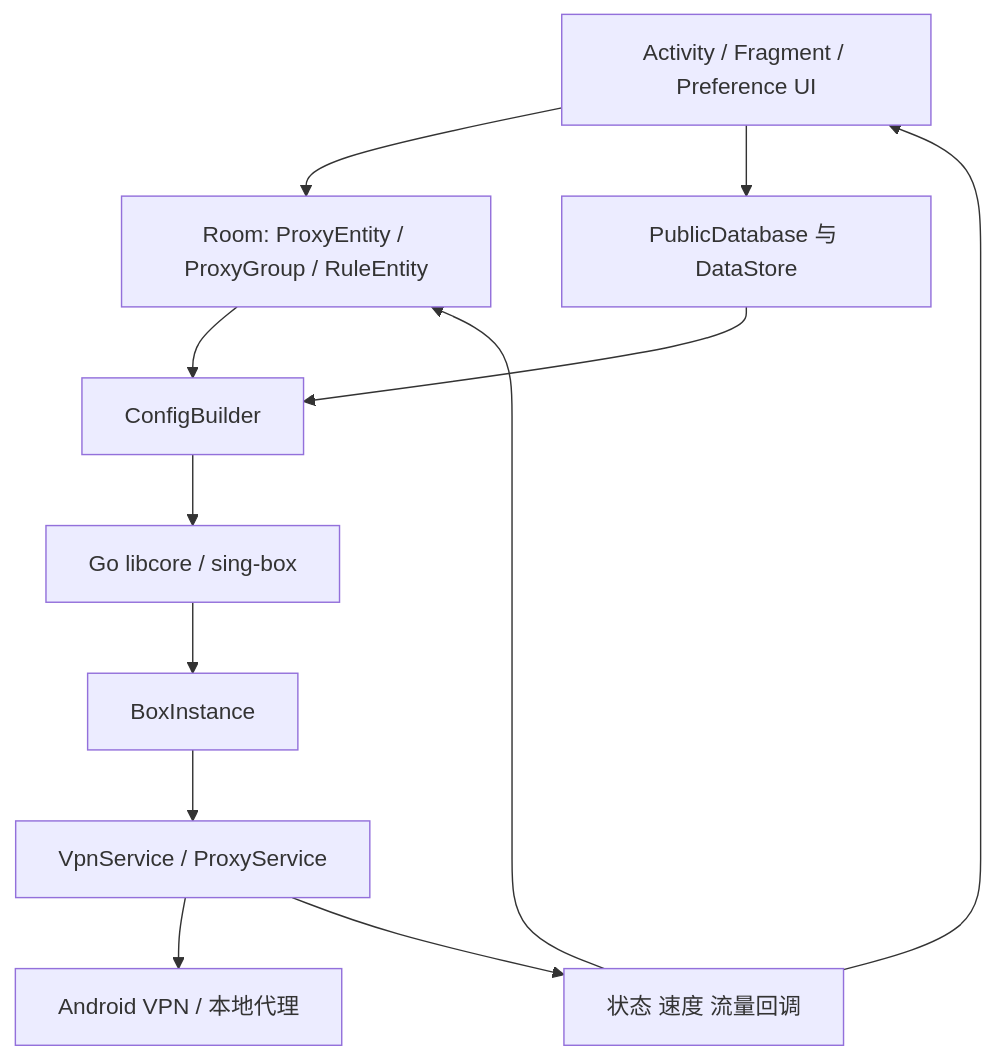
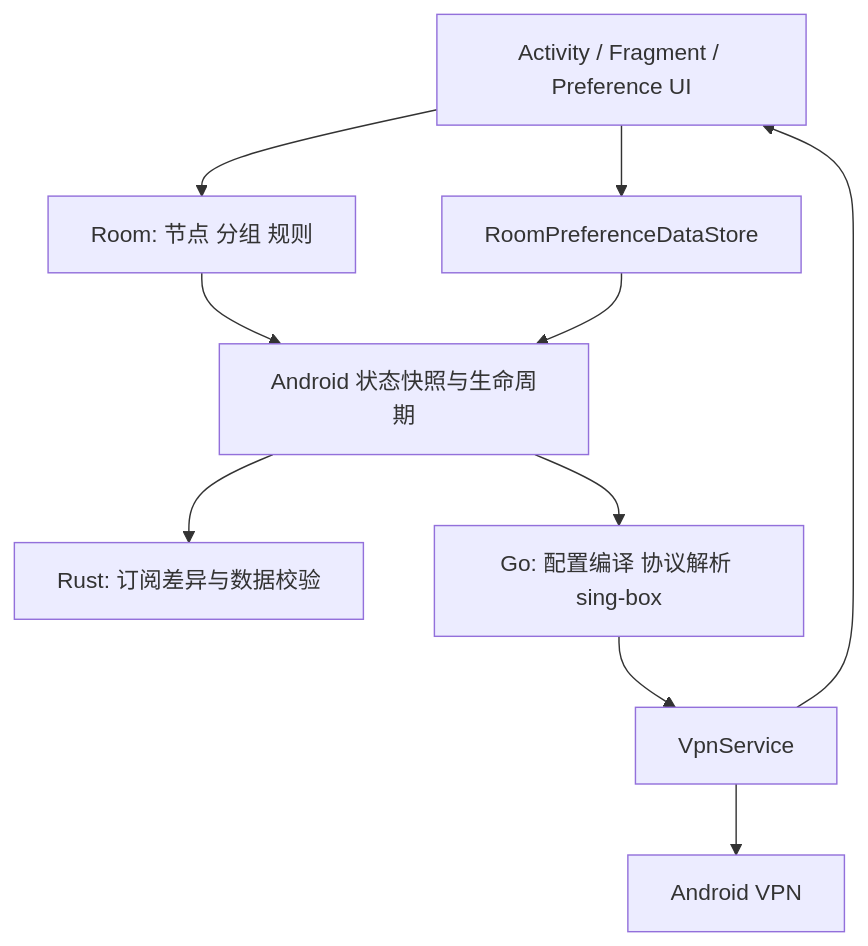
One commit to killertop/NekoPilot-Android changed the second of 2 diagrams in docs/PRODUCT_AND_UI_STRUCTURE.md. Above: the diagram before and after it, drawn with Mermaid. The commit also changed other lines of this file and 47 other files, not shown here.

Commit message:
fix: harden updates and runtime regression flows

````diff
--- a/docs/PRODUCT_AND_UI_STRUCTURE.md
+++ b/docs/PRODUCT_AND_UI_STRUCTURE.md
@@ -58,24 +55,21 @@
 ```mermaid
 flowchart TD
     UI[Activity / Fragment / Preference UI]
-    DB[Room: ProxyEntity / ProxyGroup / RuleEntity]
-    PREF[PublicDatabase 与 DataStore]
-    CFG[ConfigBuilder]
-    GO[Go libcore / sing-box]
-    BOX[BoxInstance]
-    SVC[VpnService / ProxyService]
-    SYS[Android VPN / 本地代理]
-    CB[状态 速度 流量回调]
+    DB[Room: 节点 分组 规则]
+    PREF[RoomPreferenceDataStore]
+    KT[Android 状态快照与生命周期]
+    RUST[Rust: 订阅差异与数据校验]
+    GO[Go: 配置编译 协议解析 sing-box]
+    SVC[VpnService]
+    SYS[Android VPN]
 
     UI --> DB
     UI --> PREF
-    DB --> CFG
-    PREF --> CFG
-    CFG --> GO
-    GO --> BOX
-    BOX --> SVC
+    DB --> KT
+    PREF --> KT
+    KT --> RUST
+    KT --> GO
+    GO --> SVC
     SVC --> SYS
-    SVC --> CB
-    CB --> UI
-    CB --> DB
+    SVC --> UI
 ```
````
